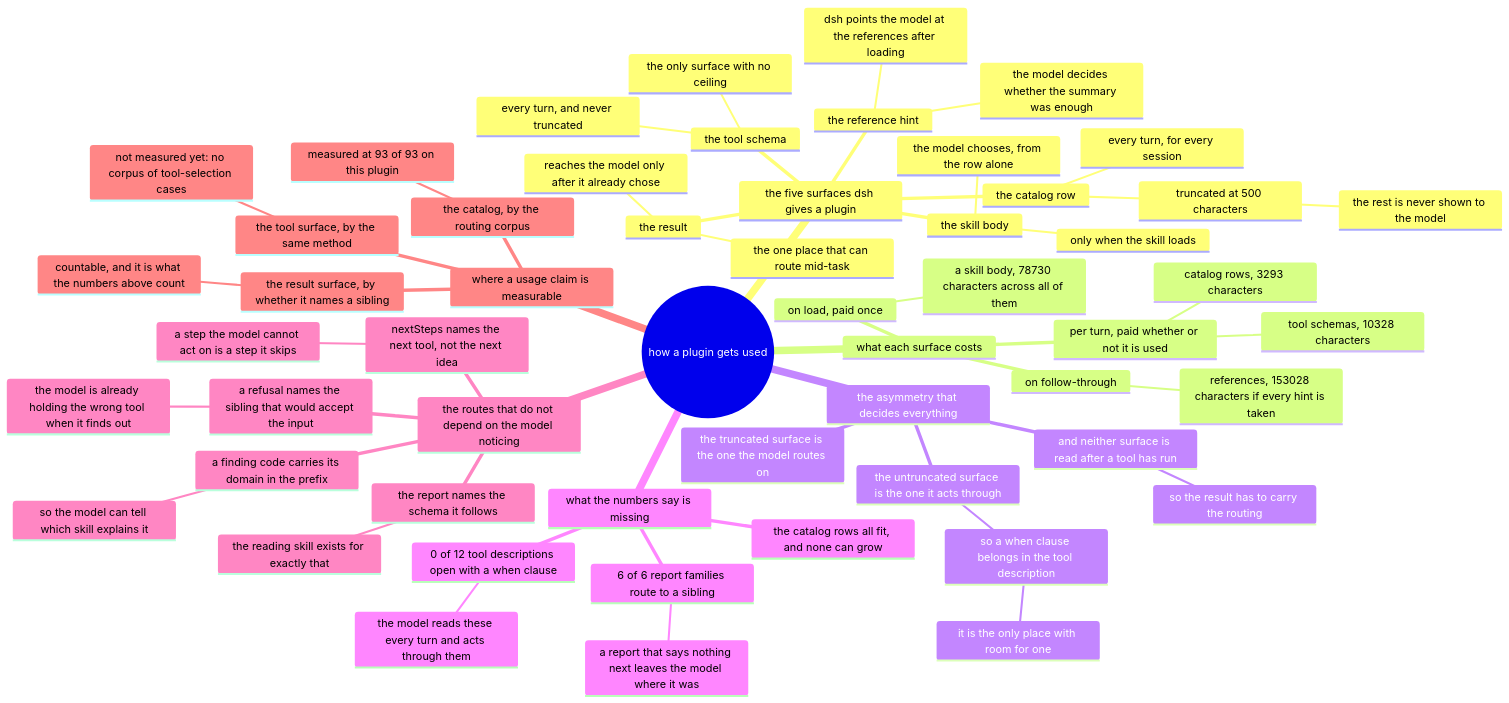
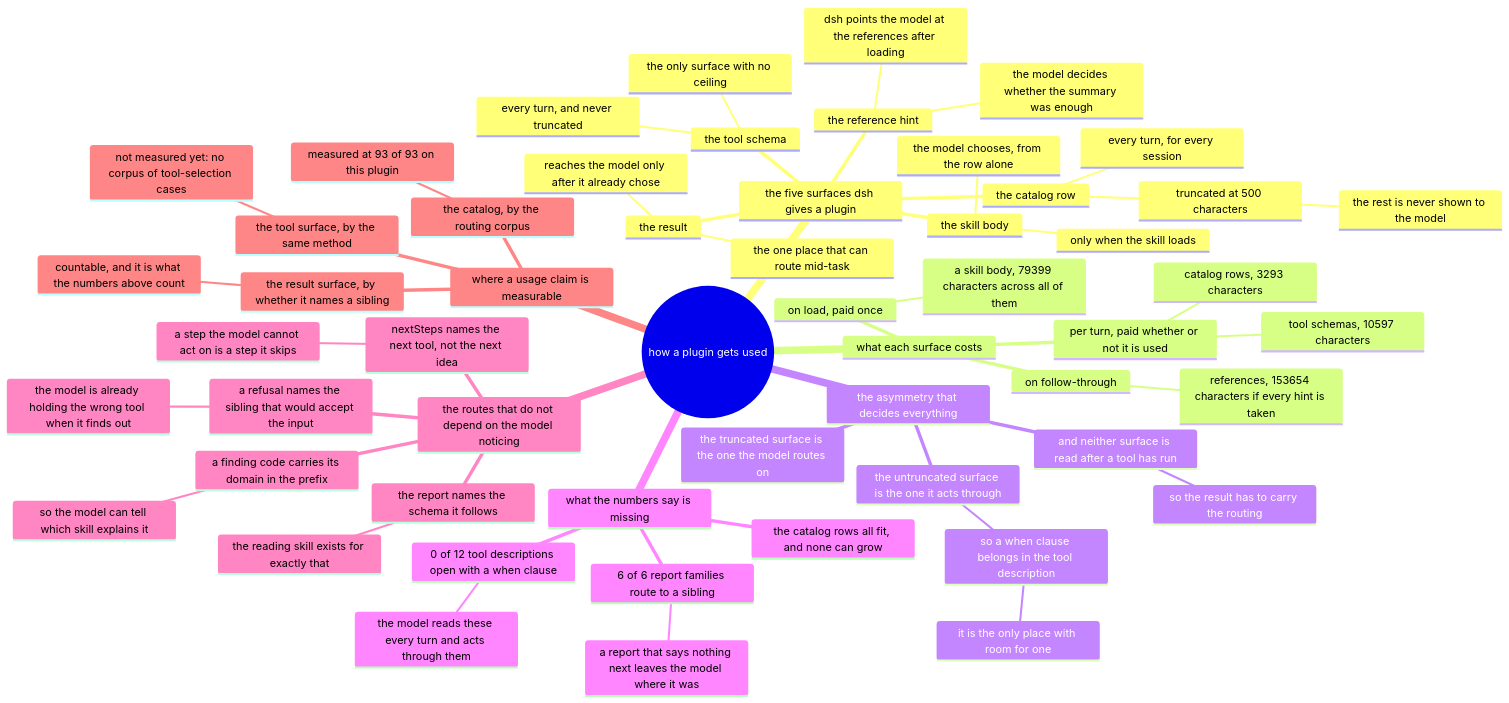
One commit to AmethystLuna/dsh-model-everything changed the diagram in docs/usage/mindmap.mmd. Above: the diagram before and after it, drawn with Mermaid. The commit also changed 16 other files, not shown here.

```diff
--- a/docs/usage/mindmap.mmd
+++ b/docs/usage/mindmap.mmd
@@ -1,56 +1,56 @@
 mindmap
 root((how a plugin gets used))
   the five surfaces dsh gives a plugin
     the catalog row
       every turn, for every session
       truncated at 500 characters
         the rest is never shown to the model
     the skill body
       only when the skill loads
       the model chooses, from the row alone
     the reference hint
       dsh points the model at the references after loading
       the model decides whether the summary was enough
     the tool schema
       every turn, and never truncated
       the only surface with no ceiling
     the result
       reaches the model only after it already chose
       the one place that can route mid-task
   what each surface costs
     per turn, paid whether or not it is used
       catalog rows, 3293 characters
-      tool schemas, 10328 characters
+      tool schemas, 10597 characters
     on load, paid once
-      a skill body, 78730 characters across all of them
+      a skill body, 79399 characters across all of them
     on follow-through
-      references, 153028 characters if every hint is taken
+      references, 153654 characters if every hint is taken
   the asymmetry that decides everything
     the truncated surface is the one the model routes on
     the untruncated surface is the one it acts through
       so a when clause belongs in the tool description
         it is the only place with room for one
     and neither surface is read after a tool has run
       so the result has to carry the routing
   what the numbers say is missing
     0 of 12 tool descriptions open with a when clause
       the model reads these every turn and acts through them
     6 of 6 report families route to a sibling
       a report that says nothing next leaves the model where it was
     the catalog rows all fit, and none can grow
   the routes that do not depend on the model noticing
     a refusal names the sibling that would accept the input
       the model is already holding the wrong tool when it finds out
     nextSteps names the next tool, not the next idea
       a step the model cannot act on is a step it skips
     a finding code carries its domain in the prefix
       so the model can tell which skill explains it
     the report names the schema it follows
       the reading skill exists for exactly that
   where a usage claim is measurable
     the catalog, by the routing corpus
       measured at 93 of 93 on this plugin
     the tool surface, by the same method
       not measured yet: no corpus of tool-selection cases
     the result surface, by whether it names a sibling
       countable, and it is what the numbers above count
```
